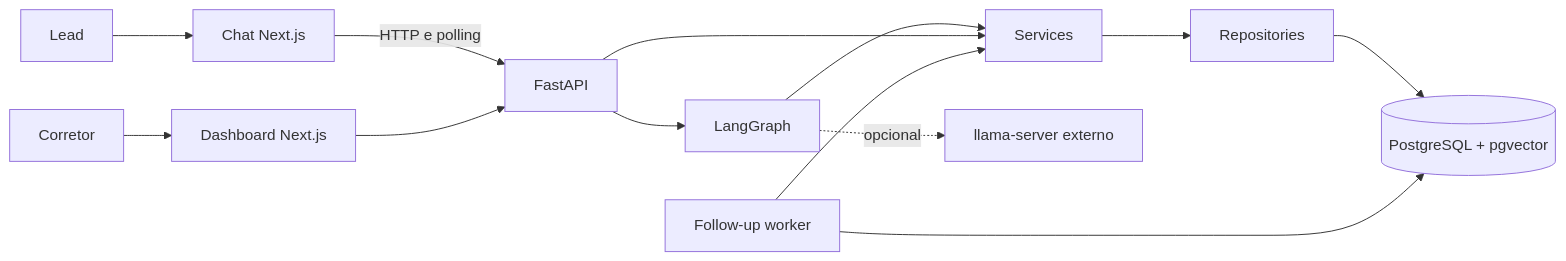
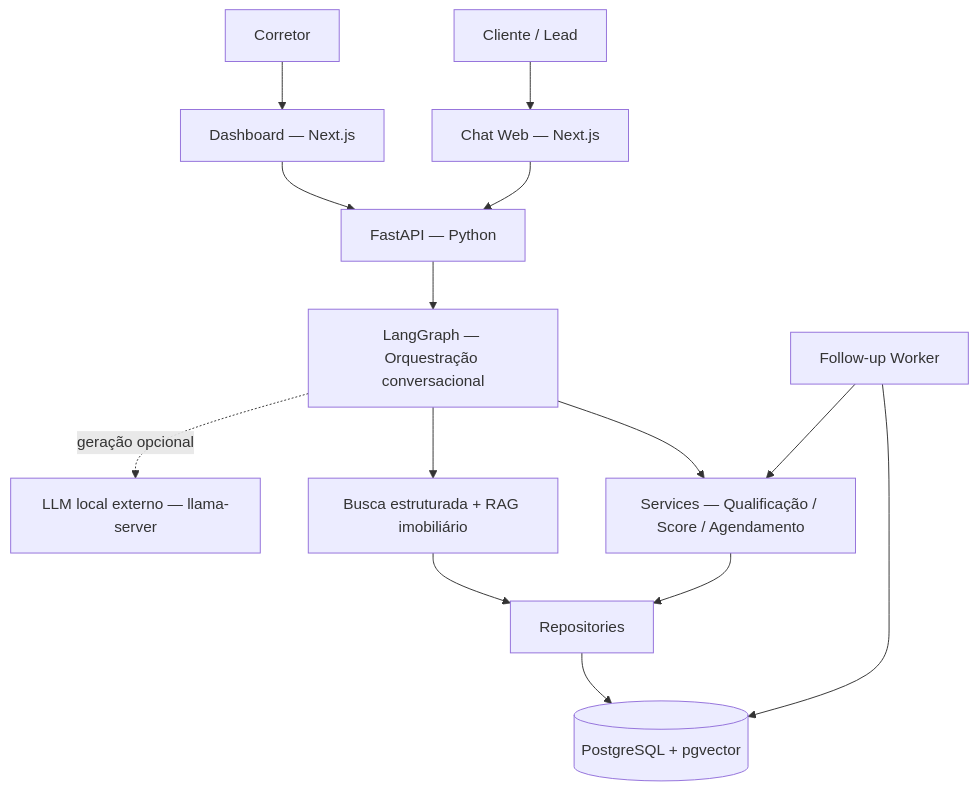
Before and after one commit to AlmeidaLima/fiap-sdr-imobiliario: the diagram in README.md, drawn with Mermaid. The commit also changed other lines of this file and 3 other files, not shown here.

````diff
--- a/README.md
+++ b/README.md
@@ -33,15 +55,16 @@
 ```mermaid
-flowchart LR
-    U[Lead] --> C[Chat Next.js]
-    B[Corretor] --> D[Dashboard Next.js]
-    C -->|HTTP e polling| API[FastAPI]
-    D --> API
-    API --> G[LangGraph]
-    G --> S[Services]
-    API --> S
-    S --> R[Repositories]
-    R --> DB[(PostgreSQL + pgvector)]
-    G -. opcional .-> L[llama-server externo]
-    W[Follow-up worker] --> S
-    W --> DB
+flowchart TD
+    Cliente[Cliente / Lead] --> Chat[Chat Web — Next.js]
+    Corretor[Corretor] --> Dash[Dashboard — Next.js]
+    Chat --> API[FastAPI — Python]
+    Dash --> API
+    API --> Agent[LangGraph — Orquestração conversacional]
+    Agent --> Regras[Services — Qualificação / Score / Agendamento]
+    Agent --> Busca[Busca estruturada + RAG imobiliário]
+    Agent -. geração opcional .-> LLM[LLM local externo — llama-server]
+    Regras --> Repo[Repositories]
+    Busca --> Repo
+    Repo --> DB[(PostgreSQL + pgvector)]
+    Worker[Follow-up Worker] --> DB
+    Worker --> Regras
 ```
````
